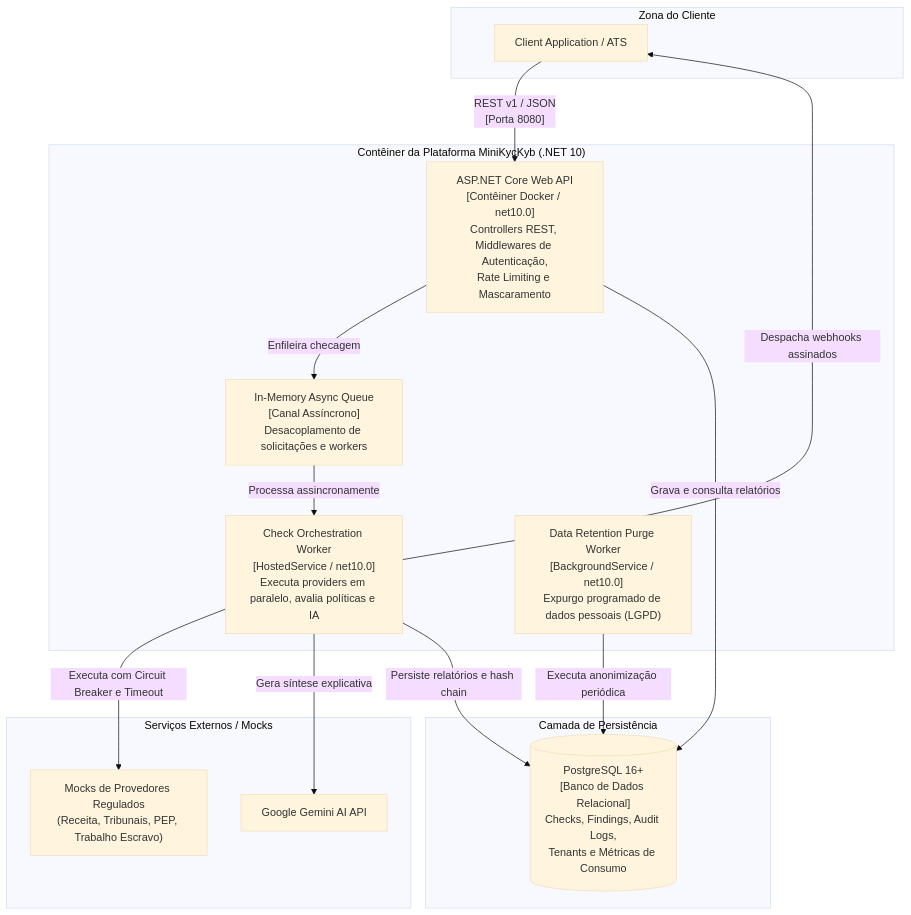
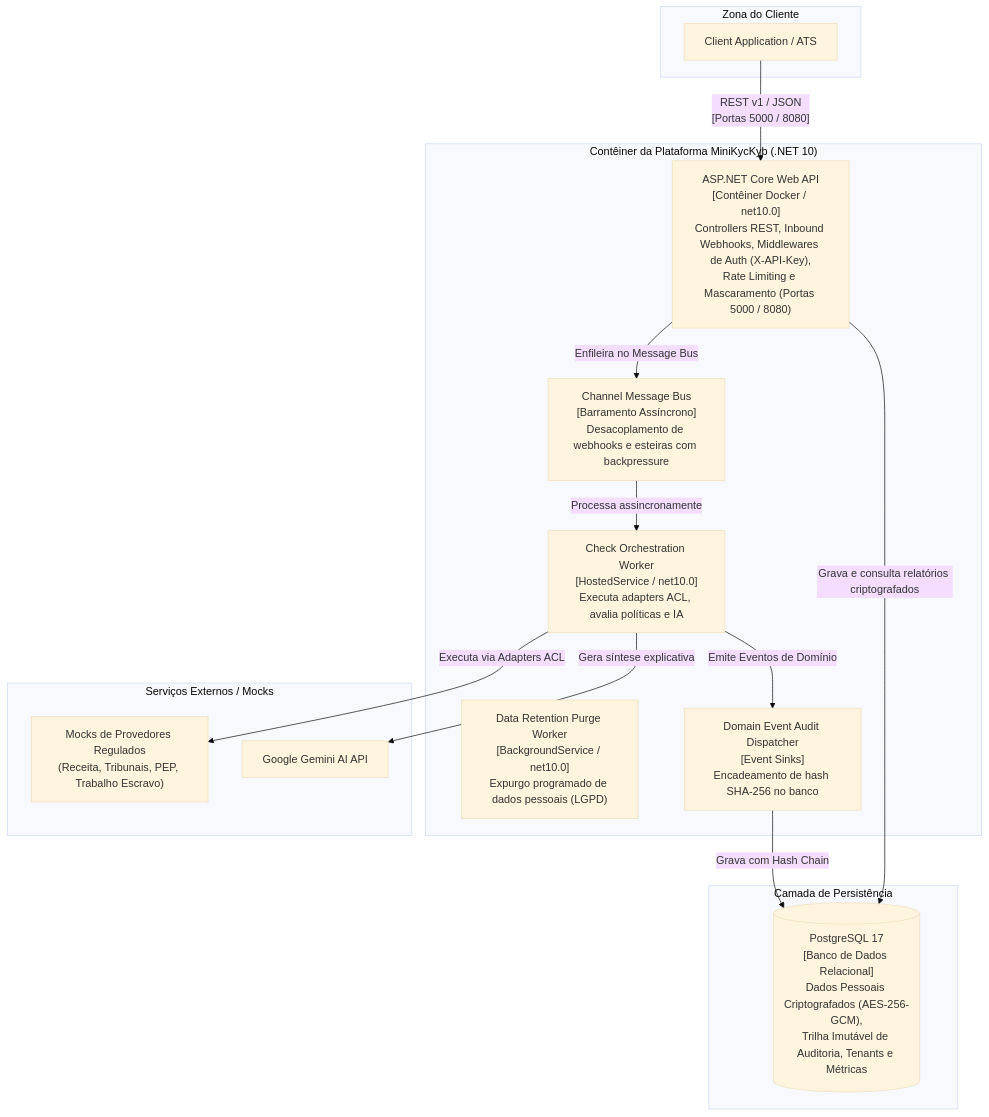
The second of 3 diagrams in docs/architecture/c4-model.md (marcoswferreira/kyc-kyb), drawn with Mermaid (base theme) before and after one commit. The commit also changed other lines of this file and 7 other files, not shown here.

````diff
--- a/docs/architecture/c4-model.md
+++ b/docs/architecture/c4-model.md
@@ -43,32 +43,32 @@
 ```mermaid
 flowchart TD
     subgraph ClientZone["Zona do Cliente"]
         ExternalClient["Client Application / ATS"]
     end
 
     subgraph KycPlatform["Contêiner da Plataforma MiniKycKyb (.NET 10)"]
-        WebAPI["ASP.NET Core Web API\n[Contêiner Docker / net10.0]\nControllers REST, Middlewares de Autenticação,\nRate Limiting e Mascaramento"]
-        Queue["In-Memory Async Queue\n[Canal Assíncrono]\nDesacoplamento de solicitações e workers"]
-        Worker["Check Orchestration Worker\n[HostedService / net10.0]\nExecuta providers em paralelo, avalia políticas e IA"]
+        WebAPI["ASP.NET Core Web API\n[Contêiner Docker / net10.0]\nControllers REST, Inbound Webhooks, Middlewares de Auth (X-API-Key),\nRate Limiting e Mascaramento (Portas 5000 / 8080)"]
+        Bus["Channel Message Bus\n[Barramento Assíncrono]\nDesacoplamento de webhooks e esteiras com backpressure"]
+        Worker["Check Orchestration Worker\n[HostedService / net10.0]\nExecuta adapters ACL, avalia políticas e IA"]
         PurgeJob["Data Retention Purge Worker\n[BackgroundService / net10.0]\nExpurgo programado de dados pessoais (LGPD)"]
+        AuditDispatcher["Domain Event Audit Dispatcher\n[Event Sinks]\nEncadeamento de hash SHA-256 no banco"]
     end
 
     subgraph DataStore["Camada de Persistência"]
-        PostgresDB[("PostgreSQL 16+\n[Banco de Dados Relacional]\nChecks, Findings, Audit Logs,\nTenants e Métricas de Consumo")]
+        PostgresDB[("PostgreSQL 17\n[Banco de Dados Relacional]\nDados Pessoais Criptografados (AES-256-GCM),\nTrilha Imutável de Auditoria, Tenants e Métricas")]
     end
 
     subgraph ExternalServices["Serviços Externos / Mocks"]
         MockProviders["Mocks de Provedores Regulados\n(Receita, Tribunais, PEP, Trabalho Escravo)"]
         Gemini["Google Gemini AI API"]
     end
 
-    ExternalClient -->|"REST v1 / JSON\n[Porta 8080]"| WebAPI
-    WebAPI -->|"Enfileira checagem"| Queue
-    Queue -->|"Processa assincronamente"| Worker
-    Worker -->|"Executa com Circuit Breaker e Timeout"| MockProviders
+    ExternalClient -->|"REST v1 / JSON\n[Portas 5000 / 8080]"| WebAPI
+    WebAPI -->|"Enfileira no Message Bus"| Bus
+    Bus -->|"Processa assincronamente"| Worker
+    Worker -->|"Executa via Adapters ACL"| MockProviders
     Worker -->|"Gera síntese explicativa"| Gemini
-    WebAPI -->|"Grava e consulta relatórios"| PostgresDB
-    Worker -->|"Persiste relatórios e hash chain"| PostgresDB
-    PurgeJob -->|"Executa anonimização periódica"| PostgresDB
-    Worker -->|"Despacha webhooks assinados"| ExternalClient
+    Worker -->|"Emite Eventos de Domínio"| AuditDispatcher
+    AuditDispatcher -->|"Grava com Hash Chain"| PostgresDB
+    WebAPI -->|"Grava e consulta relatórios criptografados"| PostgresDB
 ```
````
